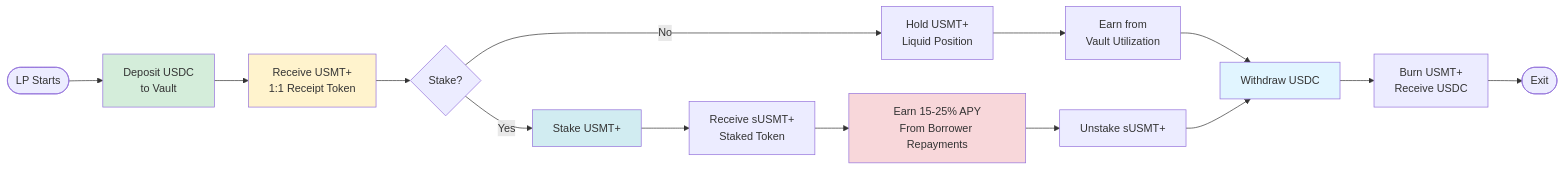
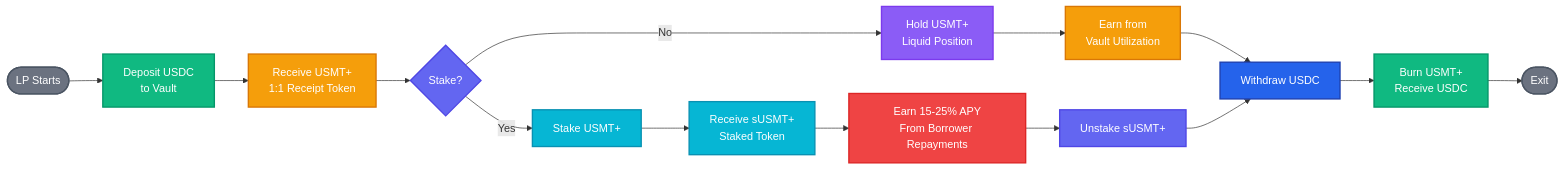
Before and after one commit to Adityaakr/SETTL.: the third of 4 diagrams in README.md, drawn with Mermaid. The commit also changed other lines of this file, not shown here.

Commit message:
Improve Mermaid diagram colors for better text visibility

````diff
--- a/README.md
+++ b/README.md
@@ -147,27 +156,35 @@
 ```mermaid
 flowchart LR
     Start([LP Starts]) --> Deposit[Deposit USDC<br/>to Vault]
     Deposit --> Receive[Receive USMT+<br/>1:1 Receipt Token]
     
     Receive --> Choice{Stake?}
     Choice -->|Yes| Stake[Stake USMT+]
     Choice -->|No| Hold[Hold USMT+<br/>Liquid Position]
     
     Stake --> ReceiveStake[Receive sUSMT+<br/>Staked Token]
     ReceiveStake --> Earn[Earn 15-25% APY<br/>From Borrower Repayments]
     
     Hold --> EarnSimple[Earn from<br/>Vault Utilization]
     
     Earn --> WithdrawStake[Unstake sUSMT+]
     EarnSimple --> Withdraw[Withdraw USDC]
     WithdrawStake --> Withdraw
     
     Withdraw --> Burn[Burn USMT+<br/>Receive USDC]
     Burn --> End([Exit])
     
-    style Deposit fill:#d4edda
-    style Receive fill:#fff3cd
-    style Stake fill:#d1ecf1
-    style Earn fill:#f8d7da
-    style Withdraw fill:#e1f5ff
+    style Start fill:#6b7280,stroke:#4b5563,stroke-width:2px,color:#fff
+    style Deposit fill:#10b981,stroke:#059669,stroke-width:2px,color:#fff
+    style Receive fill:#f59e0b,stroke:#d97706,stroke-width:2px,color:#fff
+    style Choice fill:#6366f1,stroke:#4f46e5,stroke-width:2px,color:#fff
+    style Stake fill:#06b6d4,stroke:#0891b2,stroke-width:2px,color:#fff
+    style Hold fill:#8b5cf6,stroke:#7c3aed,stroke-width:2px,color:#fff
+    style ReceiveStake fill:#06b6d4,stroke:#0891b2,stroke-width:2px,color:#fff
+    style Earn fill:#ef4444,stroke:#dc2626,stroke-width:2px,color:#fff
+    style EarnSimple fill:#f59e0b,stroke:#d97706,stroke-width:2px,color:#fff
+    style WithdrawStake fill:#6366f1,stroke:#4f46e5,stroke-width:2px,color:#fff
+    style Withdraw fill:#2563eb,stroke:#1e40af,stroke-width:2px,color:#fff
+    style Burn fill:#10b981,stroke:#059669,stroke-width:2px,color:#fff
+    style End fill:#6b7280,stroke:#4b5563,stroke-width:2px,color:#fff
 ```
````
